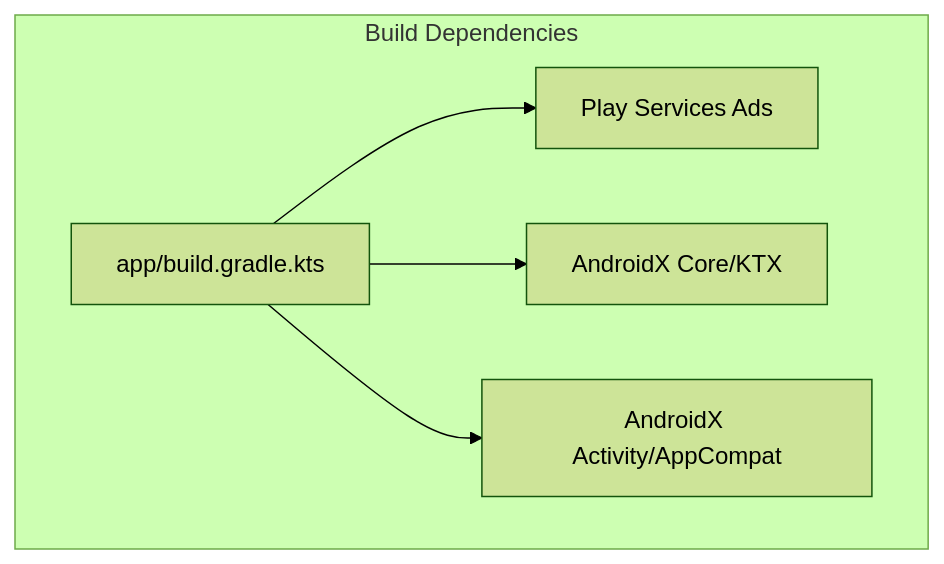
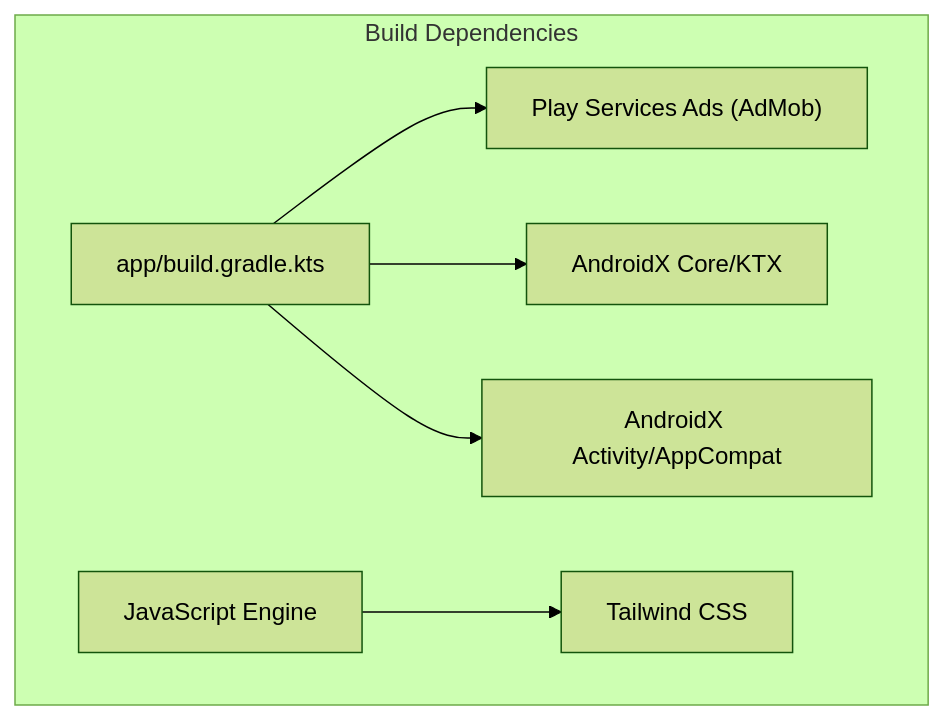
One commit to chetanck03/games changed the sixth of 6 diagrams in .qoder/repowiki/en/content/Project Overview/Project Overview.md. Above: the diagram before and after it, drawn with Mermaid (forest theme). The commit also changed other lines of this file and 6 other files, not shown here.

````diff
--- a/.qoder/repowiki/en/content/Project Overview/Project Overview.md
+++ b/.qoder/repowiki/en/content/Project Overview/Project Overview.md
@@ -252,12 +378,15 @@
 ```mermaid
 graph TB
 subgraph "Build Dependencies"
 BG["app/build.gradle.kts"]
-PG["Play Services Ads"]
+PG["Play Services Ads (AdMob)"]
 AC["AndroidX Core/KTX"]
 AR["AndroidX Activity/AppCompat"]
+JS["JavaScript Engine"]
+CSS["Tailwind CSS"]
 end
 BG --> PG
 BG --> AC
 BG --> AR
+JS --> CSS
 ```
````
